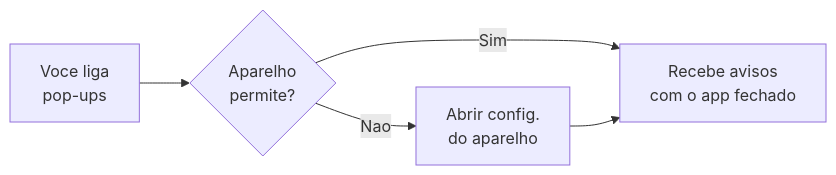
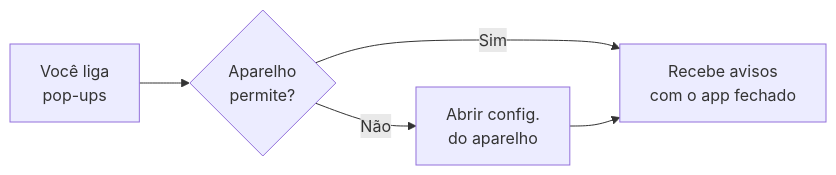
One commit to LocFlowTeam/locflow-docs changed the diagram in configuracoes/minha-conta.md. Above: the diagram before and after it, drawn with Mermaid. The commit also changed other lines of this file and 26 other files, not shown here.

````diff
--- a/configuracoes/minha-conta.md
+++ b/configuracoes/minha-conta.md
@@ -97,7 +118,7 @@
 ```mermaid
 flowchart LR
-    A[Voce liga<br/>pop-ups] --> B{Aparelho<br/>permite?}
+    A[Você liga<br/>pop-ups] --> B{Aparelho<br/>permite?}
     B -->|Sim| C[Recebe avisos<br/>com o app fechado]
-    B -->|Nao| D[Abrir config.<br/>do aparelho]
+    B -->|Não| D[Abrir config.<br/>do aparelho]
     D --> C
 ```
````
